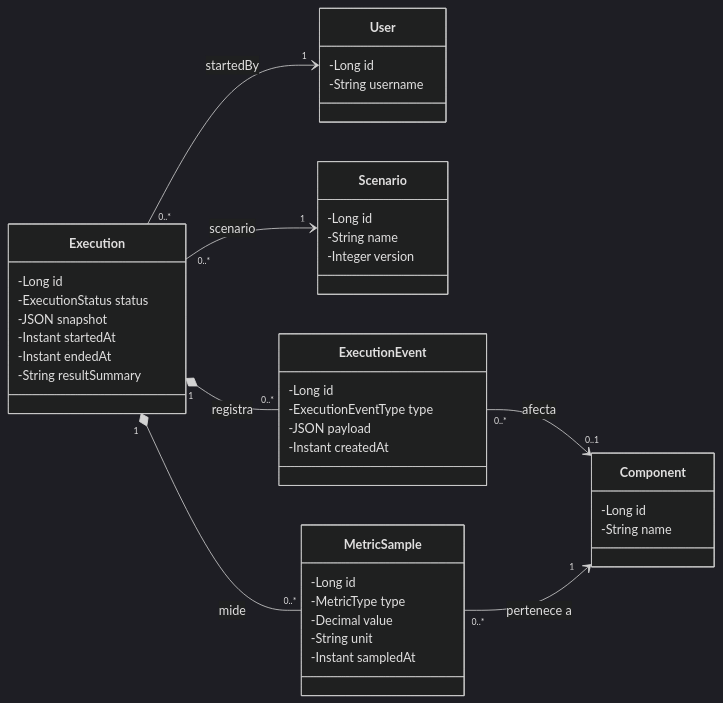
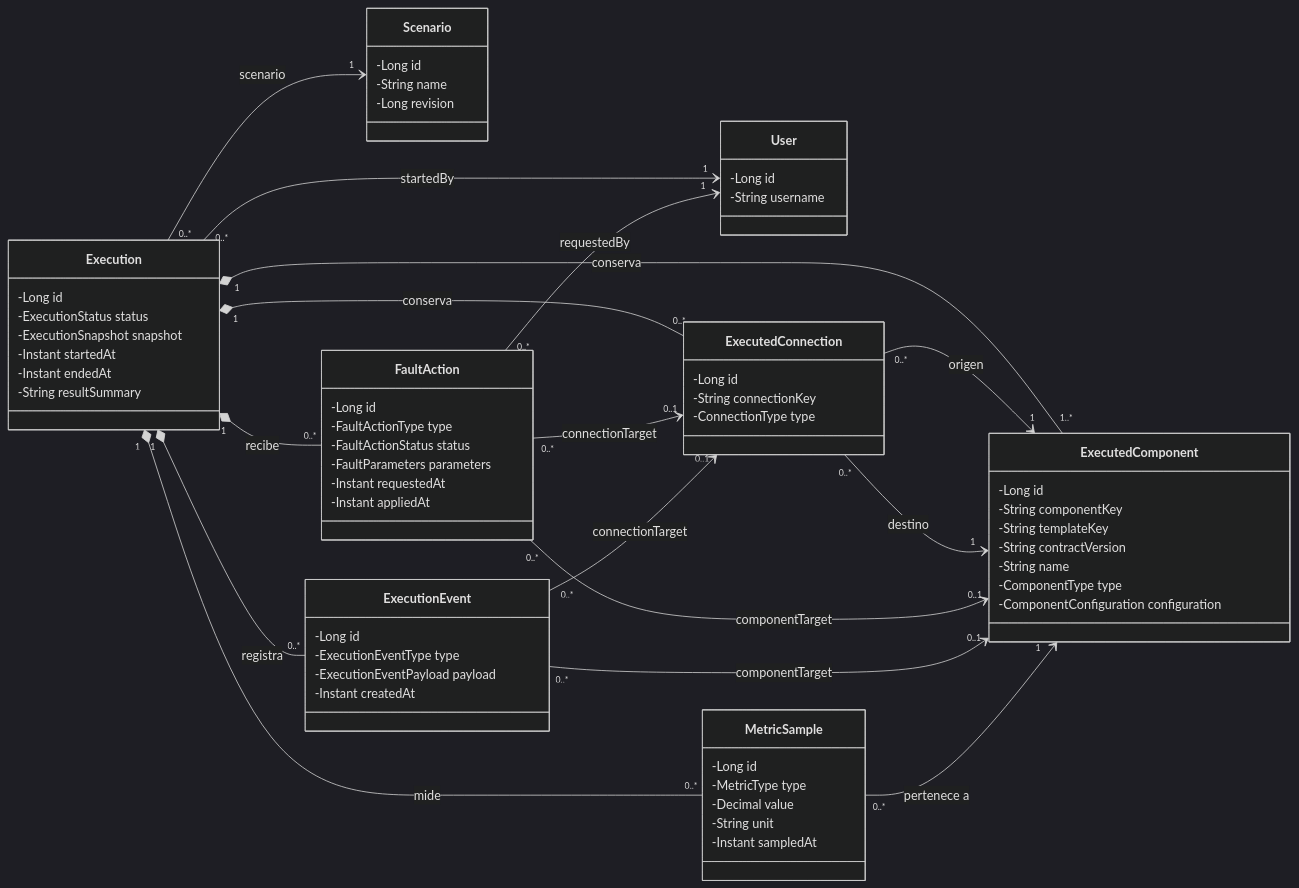
Before and after one commit to codeurjc-students/2026-INFRACTURE: the fifth of 6 diagrams in README.md, drawn with Mermaid (dark theme). The commit also changed other lines of this file and 3 other files, not shown here.

````diff
--- a/README.md
+++ b/README.md
@@ -396,51 +401,80 @@
 ```mermaid
 classDiagram
     direction LR
 
     class User {
         -Long id
         -String username
     }
 
     class Scenario {
         -Long id
         -String name
-        -Integer version
+        -Long revision
     }
 
-    class Component {
+    class ExecutedComponent {
         -Long id
+        -String componentKey
+        -String templateKey
+        -String contractVersion
         -String name
+        -ComponentType type
+        -ComponentConfiguration configuration
+    }
+
+    class ExecutedConnection {
+        -Long id
+        -String connectionKey
+        -ConnectionType type
     }
 
     class Execution {
         -Long id
         -ExecutionStatus status
-        -JSON snapshot
+        -ExecutionSnapshot snapshot
         -Instant startedAt
         -Instant endedAt
         -String resultSummary
     }
 
     class ExecutionEvent {
         -Long id
         -ExecutionEventType type
-        -JSON payload
+        -ExecutionEventPayload payload
         -Instant createdAt
+    }
+
+    class FaultAction {
+        -Long id
+        -FaultActionType type
+        -FaultActionStatus status
+        -FaultParameters parameters
+        -Instant requestedAt
+        -Instant appliedAt
     }
 
     class MetricSample {
         -Long id
         -MetricType type
         -Decimal value
         -String unit
         -Instant sampledAt
     }
 
     Execution "0..*" --> "1" User : startedBy
     Execution "0..*" --> "1" Scenario : scenario
+    Execution "1" *-- "1..*" ExecutedComponent : conserva
+    Execution "1" *-- "0..*" ExecutedConnection : conserva
+    Execution "1" *-- "0..*" FaultAction : recibe
     Execution "1" *-- "0..*" ExecutionEvent : registra
     Execution "1" *-- "0..*" MetricSample : mide
-    ExecutionEvent "0..*" --> "0..1" Component : afecta
-    MetricSample "0..*" --> "1" Component : pertenece a
+    ExecutedConnection "0..*" --> "1" ExecutedComponent : origen
+    ExecutedConnection "0..*" --> "1" ExecutedComponent : destino
+    FaultAction "0..*" --> "1" User : requestedBy
+    FaultAction "0..*" --> "0..1" ExecutedComponent : componentTarget
+    FaultAction "0..*" --> "0..1" ExecutedConnection : connectionTarget
+    ExecutionEvent "0..*" --> "0..1" ExecutedComponent : componentTarget
+    ExecutionEvent "0..*" --> "0..1" ExecutedConnection : connectionTarget
+    MetricSample "0..*" --> "1" ExecutedComponent : pertenece a
 ```
````
